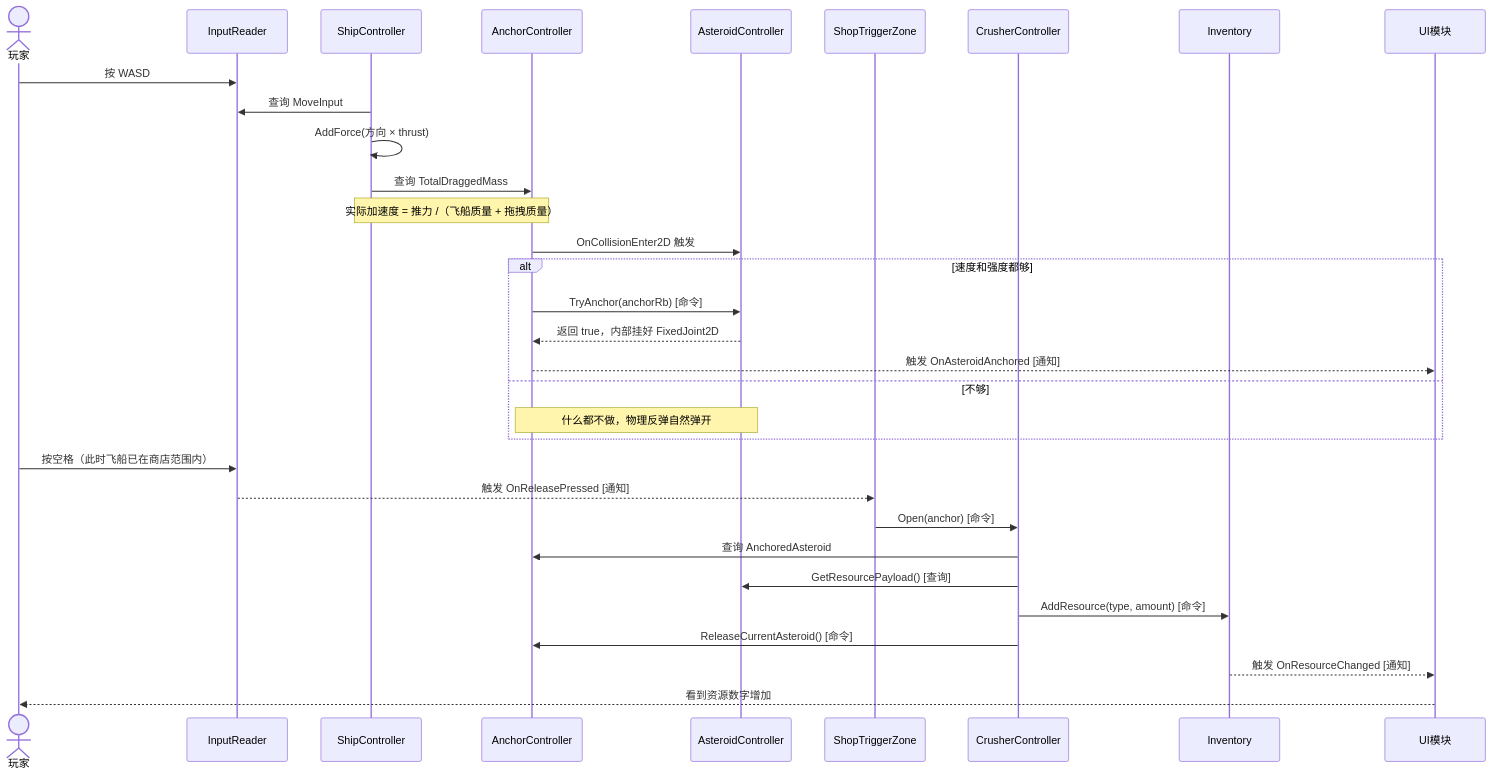
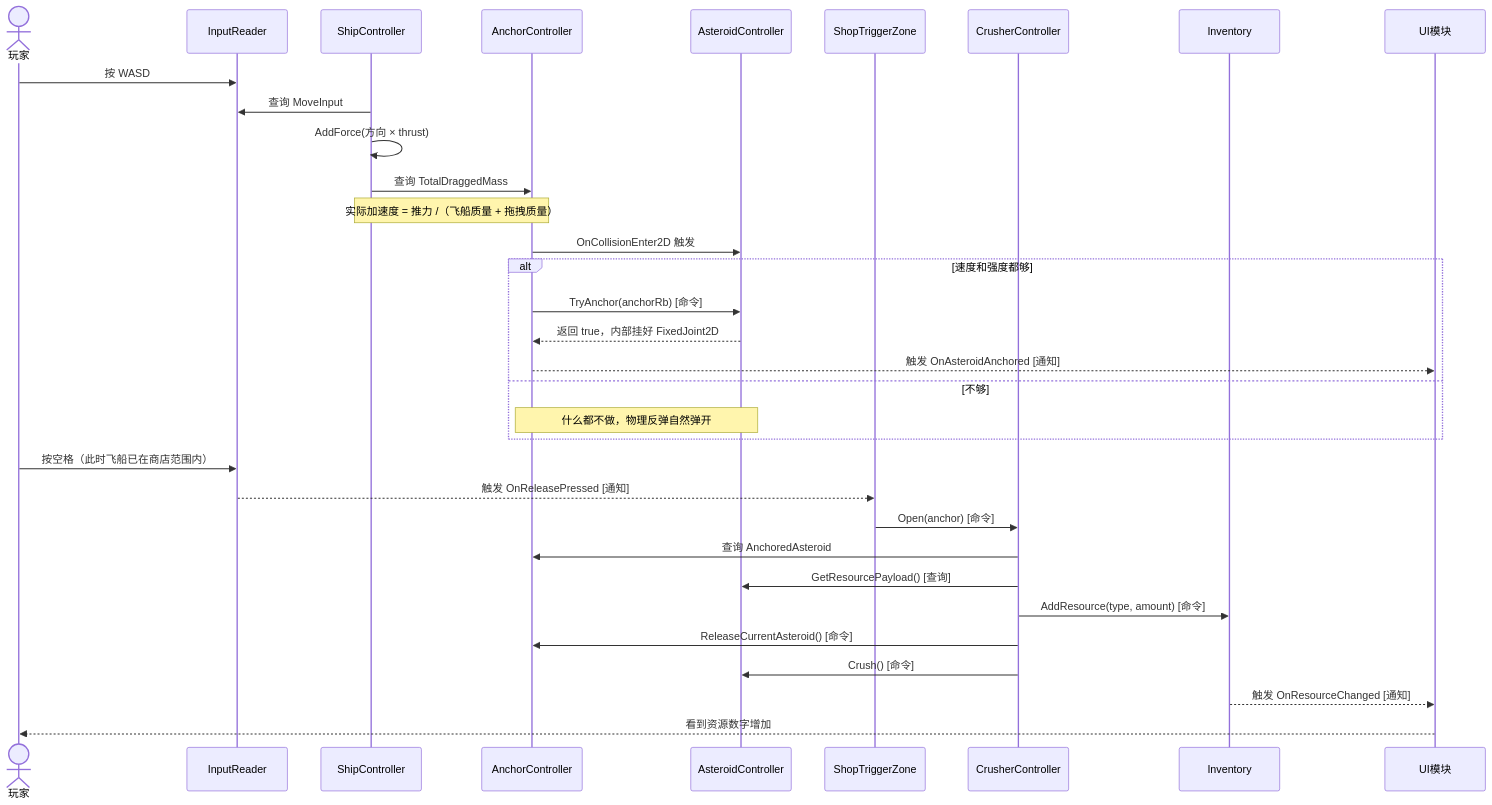
The fifth of 7 diagrams in 模块架构交接文档.md (WWWSSSAAADDD/CiGA-Game-Jam-2026), drawn with Mermaid before and after one commit. The commit also changed other lines of this file and 6 other files, not shown here.

````diff
--- a/模块架构交接文档.md
+++ b/模块架构交接文档.md
@@ -401,37 +401,38 @@
 ```mermaid
 sequenceDiagram
     actor 玩家
     participant Input as InputReader
     participant Ship as ShipController
     participant Anchor as AnchorController
     participant Ast as AsteroidController
     participant ShopZone as ShopTriggerZone
     participant Crusher as CrusherController
     participant Inv as Inventory
     participant UI as UI模块
 
     玩家->>Input: 按 WASD
     Ship->>Input: 查询 MoveInput
     Ship->>Ship: AddForce(方向 × thrust)
     Ship->>Anchor: 查询 TotalDraggedMass
     Note over Ship,Anchor: 实际加速度 = 推力 /（飞船质量 + 拖拽质量）
 
     Anchor->>Ast: OnCollisionEnter2D 触发
     alt 速度和强度都够
         Anchor->>Ast: TryAnchor(anchorRb) [命令]
         Ast-->>Anchor: 返回 true，内部挂好 FixedJoint2D
         Anchor-->>UI: 触发 OnAsteroidAnchored [通知]
     else 不够
         Note over Anchor,Ast: 什么都不做，物理反弹自然弹开
     end
 
     玩家->>Input: 按空格（此时飞船已在商店范围内）
     Input-->>ShopZone: 触发 OnReleasePressed [通知]
     ShopZone->>Crusher: Open(anchor) [命令]
     Crusher->>Anchor: 查询 AnchoredAsteroid
     Crusher->>Ast: GetResourcePayload() [查询]
     Crusher->>Inv: AddResource(type, amount) [命令]
     Crusher->>Anchor: ReleaseCurrentAsteroid() [命令]
+    Crusher->>Ast: Crush() [命令]
     Inv-->>UI: 触发 OnResourceChanged [通知]
     UI-->>玩家: 看到资源数字增加
 ```
````
